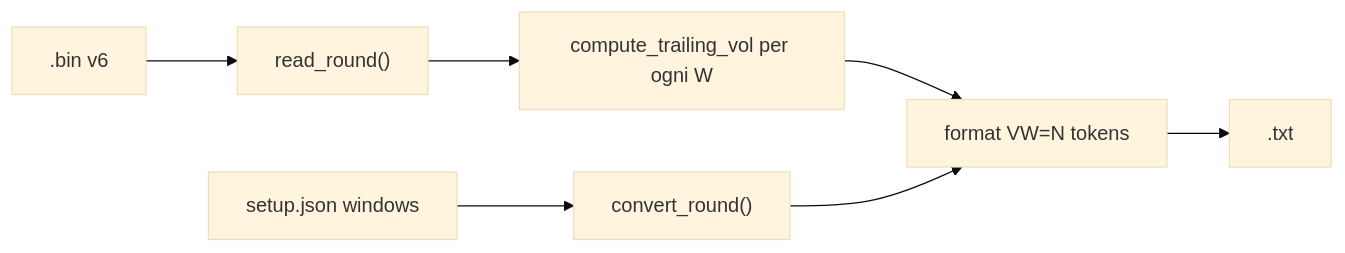
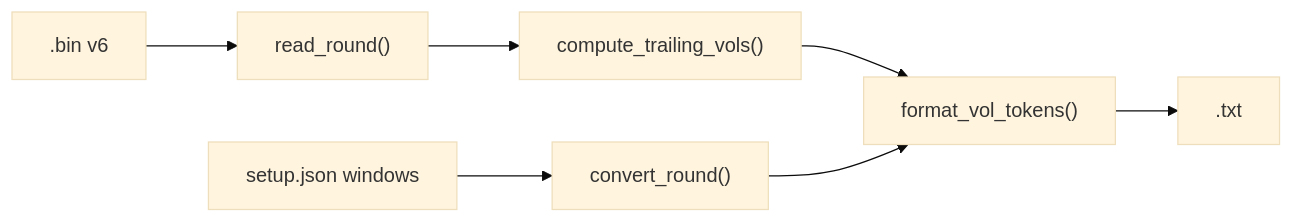
The diagram in .cursor/plans/volatility_indicator_ff2e0985.plan.md (SaveKiller/btc5min), drawn with Mermaid (base theme) before and after one commit. The commit also changed other lines of this file and 5 other files, not shown here.

````diff
--- a/.cursor/plans/volatility_indicator_ff2e0985.plan.md
+++ b/.cursor/plans/volatility_indicator_ff2e0985.plan.md
@@ -126,9 +150,9 @@
 ```mermaid
 flowchart LR
     setup["setup.json windows"] --> convert["convert_round()"]
     binFile[".bin v6"] --> readRound["read_round()"]
-    readRound --> calcVol["compute_trailing_vol per ogni W"]
-    calcVol --> formatRow["format VW=N tokens"]
+    readRound --> calcVol["compute_trailing_vols()"]
+    calcVol --> formatRow["format_vol_tokens()"]
     convert --> formatRow
     formatRow --> txtFile[".txt"]
 ```
````
